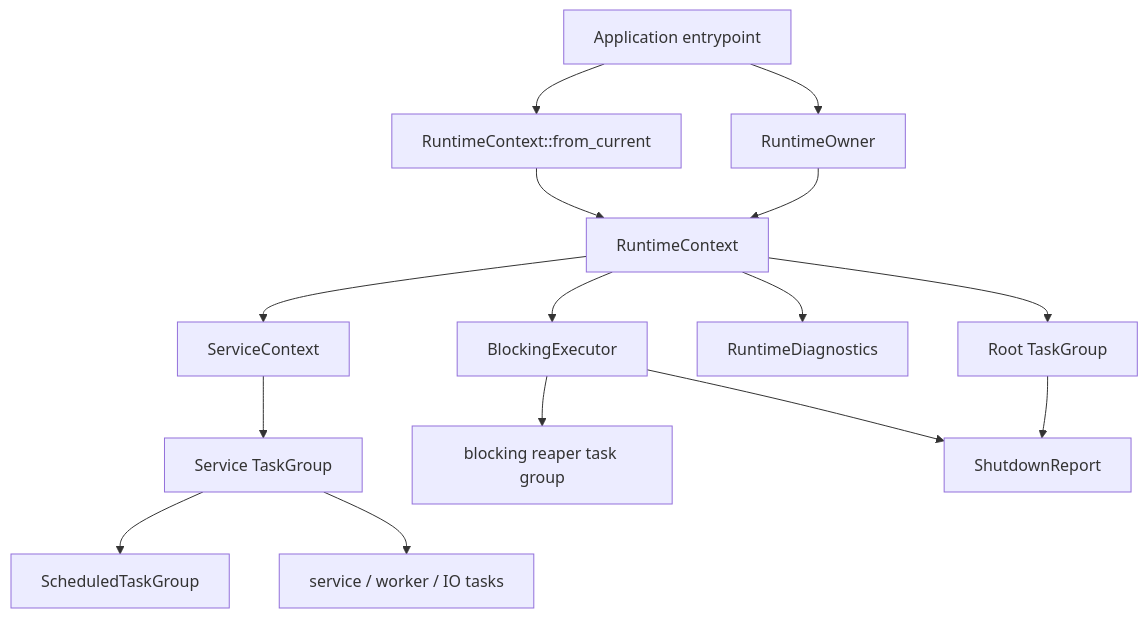
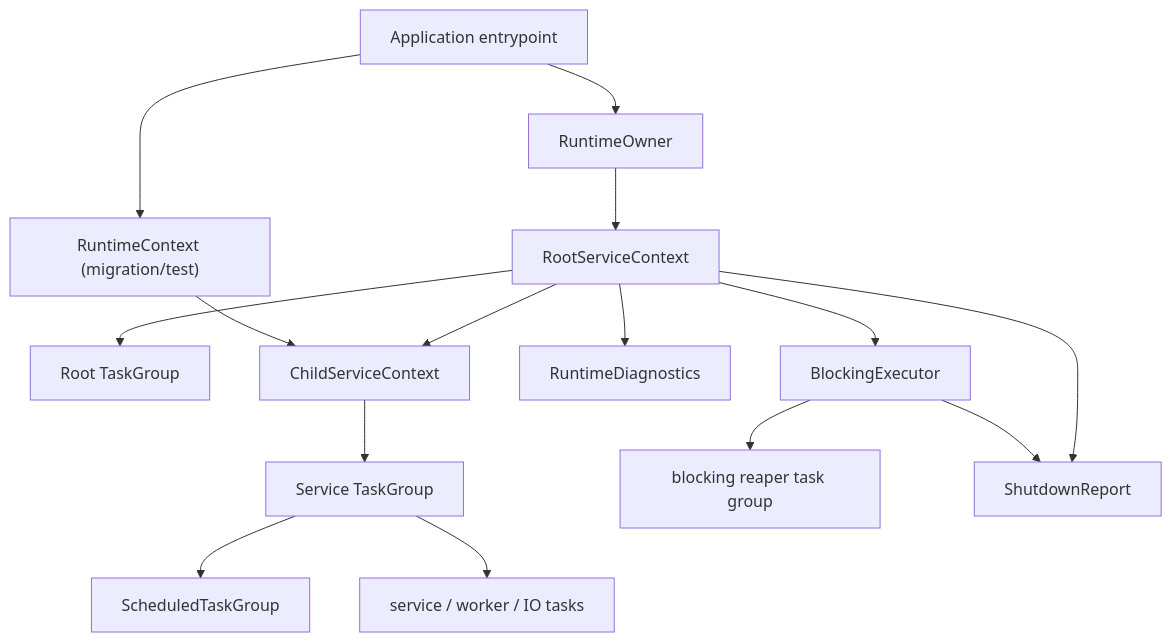
The diagram in rocketmq-runtime/README.md (mxsm/rocketmq-rust), drawn with Mermaid before and after one commit. The commit also changed other lines of this file and 4 other files, not shown here.

````diff
--- a/rocketmq-runtime/README.md
+++ b/rocketmq-runtime/README.md
@@ -35,17 +35,17 @@
 ```mermaid
 flowchart TD
     Entry["Application entrypoint"] --> Owner["RuntimeOwner"]
-    Entry --> Current["RuntimeContext::from_current"]
-    Owner --> Context["RuntimeContext"]
-    Current --> Context
-    Context --> Root["Root TaskGroup"]
-    Context --> Blocking["BlockingExecutor"]
-    Context --> Diagnostics["RuntimeDiagnostics"]
-    Context --> Service["ServiceContext"]
+    Entry --> Current["RuntimeContext (migration/test)"]
+    Owner --> Root["RootServiceContext"]
+    Root --> GroupRoot["Root TaskGroup"]
+    Root --> Blocking["BlockingExecutor"]
+    Root --> Diagnostics["RuntimeDiagnostics"]
+    Root --> Service["ChildServiceContext"]
+    Current --> Service
     Service --> Group["Service TaskGroup"]
     Group --> Scheduled["ScheduledTaskGroup"]
     Group --> Workers["service / worker / IO tasks"]
     Blocking --> Reaper["blocking reaper task group"]
     Root --> Report["ShutdownReport"]
     Blocking --> Report
 ```
````
